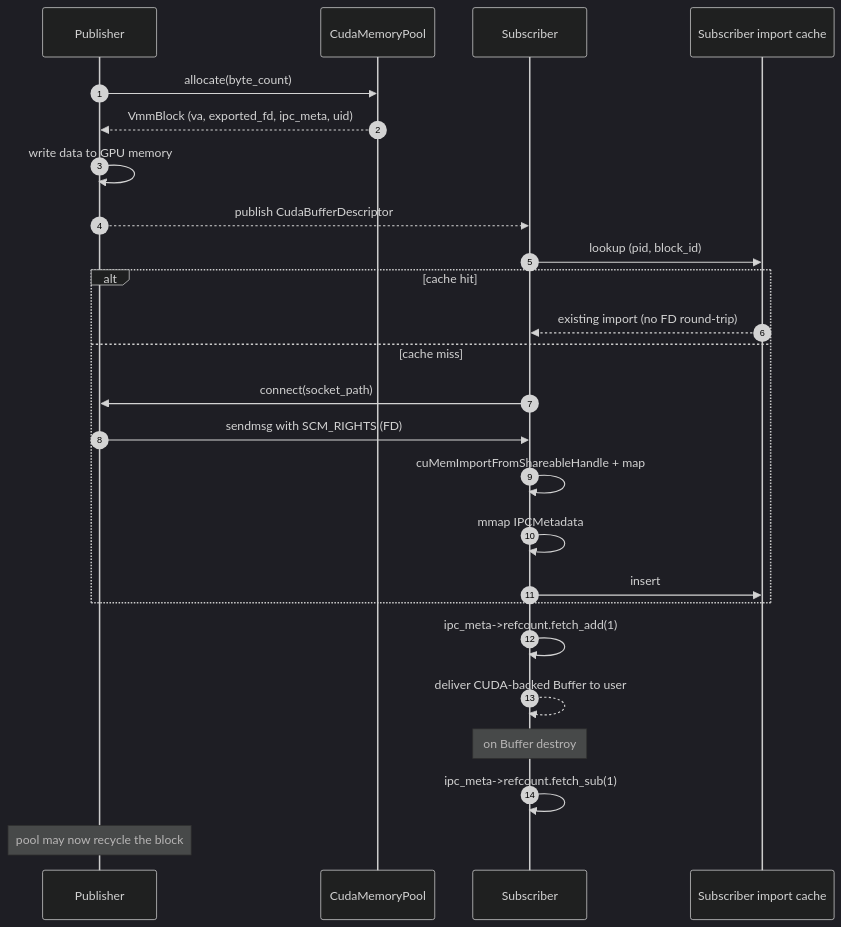
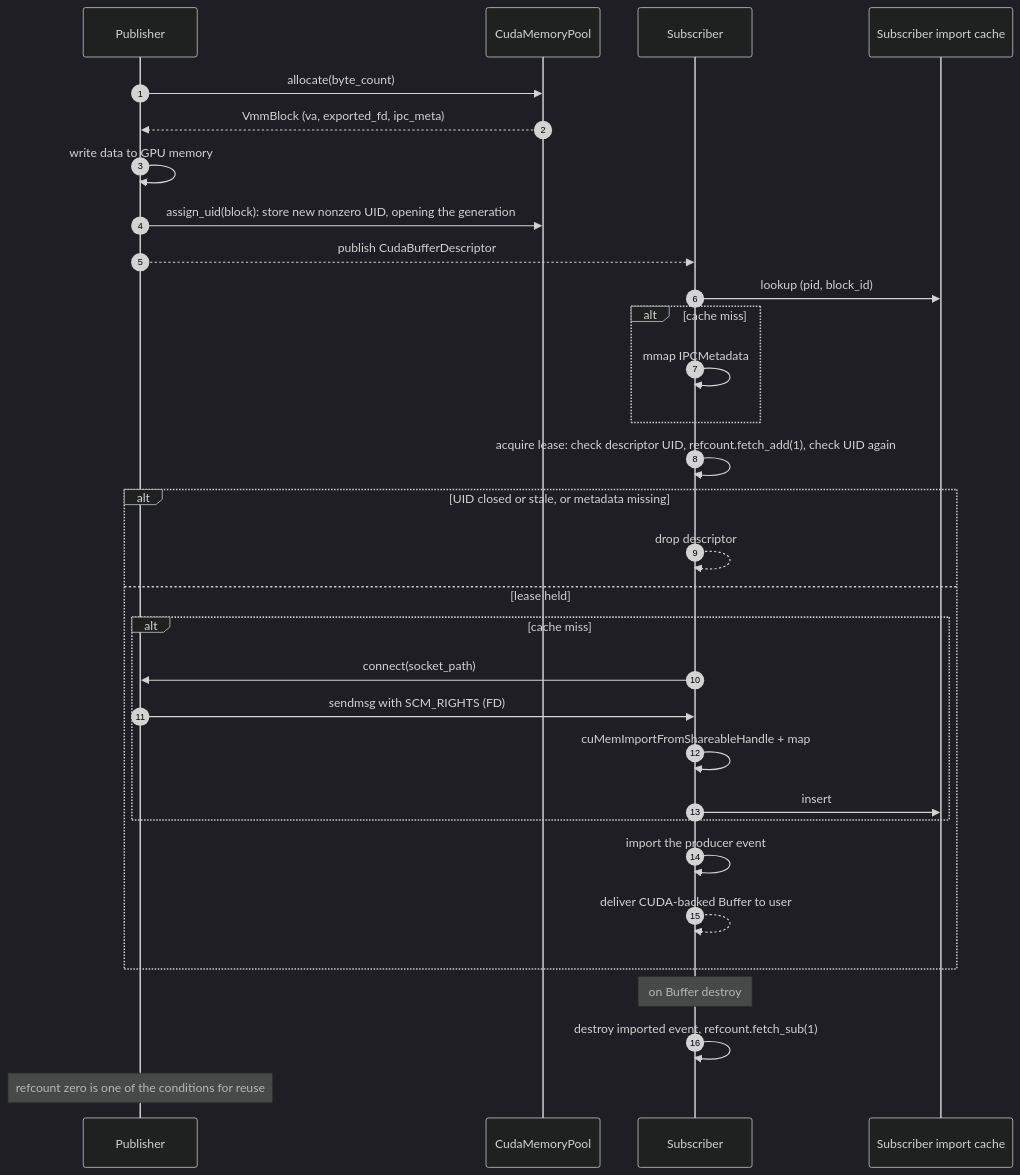
The second of 4 diagrams in cuda_buffer_backend/docs/cuda_buffer_backend_design.md (ros2/rosidl_buffer_backends), drawn with Mermaid (dark theme) before and after one commit. The commit also changed other lines of this file, not shown here.

Commit message:
Update the CUDA buffer design doc for leased generations
The sequence diagram still showed the lease taken after the FD import and no UID check. Show the lease acquired before the FD round trip and the producer event imported afterwards.

Reorder the lifetime flowchart and prose to match get_block_readiness(): after the grace period the generation stays open while a lease is held, and is closed only once the refcount reads zero.

````diff
--- a/cuda_buffer_backend/docs/cuda_buffer_backend_design.md
+++ b/cuda_buffer_backend/docs/cuda_buffer_backend_design.md
@@ -44,31 +44,37 @@
 ```mermaid
 sequenceDiagram
   autonumber
   participant Pub as Publisher
   participant Pool as CudaMemoryPool
   participant Sub as Subscriber
   participant Cache as Subscriber import cache
 
   Pub->>Pool: allocate(byte_count)
-  Pool-->>Pub: VmmBlock (va, exported_fd, ipc_meta, uid)
+  Pool-->>Pub: VmmBlock (va, exported_fd, ipc_meta)
   Pub->>Pub: write data to GPU memory
+  Pub->>Pool: assign_uid(block): store new nonzero UID, opening the generation
   Pub-->>Sub: publish CudaBufferDescriptor
 
   Sub->>Cache: lookup (pid, block_id)
-  alt cache hit
-    Cache-->>Sub: existing import (no FD round-trip)
-  else cache miss
-    Sub->>Pub: connect(socket_path)
-    Pub->>Sub: sendmsg with SCM_RIGHTS (FD)
-    Sub->>Sub: cuMemImportFromShareableHandle + map
+  alt cache miss
     Sub->>Sub: mmap IPCMetadata
-    Sub->>Cache: insert
   end
 
-  Sub->>Sub: ipc_meta->refcount.fetch_add(1)
-  Sub-->>Sub: deliver CUDA-backed Buffer to user
+  Sub->>Sub: acquire lease: check descriptor UID, refcount.fetch_add(1), check UID again
+  alt UID closed or stale, or metadata missing
+    Sub-->>Sub: drop descriptor
+  else lease held
+    alt cache miss
+      Sub->>Pub: connect(socket_path)
+      Pub->>Sub: sendmsg with SCM_RIGHTS (FD)
+      Sub->>Sub: cuMemImportFromShareableHandle + map
+      Sub->>Cache: insert
+    end
+    Sub->>Sub: import the producer event
+    Sub-->>Sub: deliver CUDA-backed Buffer to user
+  end
 
   Note over Sub: on Buffer destroy
-  Sub->>Sub: ipc_meta->refcount.fetch_sub(1)
-  Note over Pub: pool may now recycle the block
+  Sub->>Sub: destroy imported event, refcount.fetch_sub(1)
+  Note over Pub: refcount zero is one of the conditions for reuse
 ```
````
